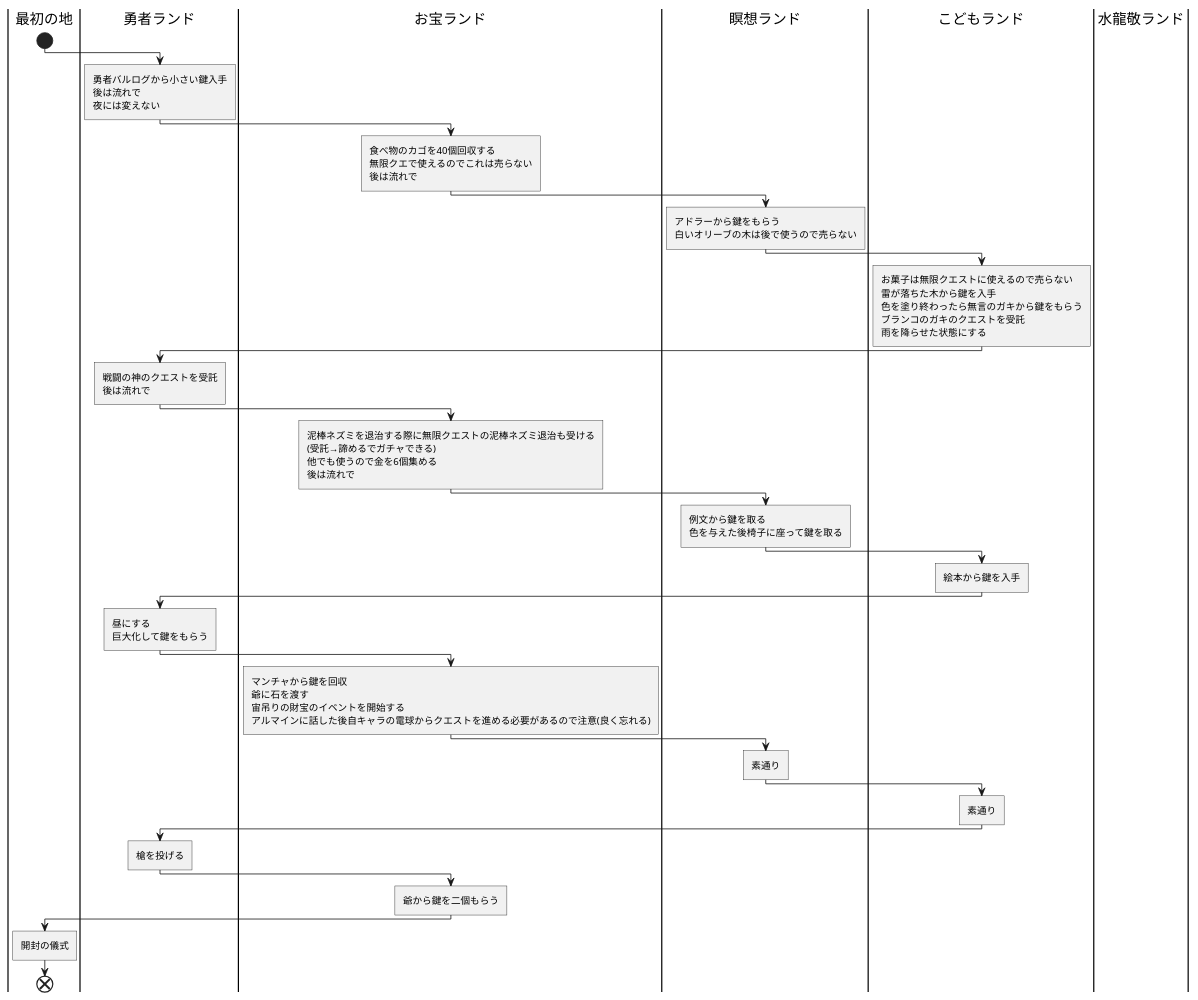
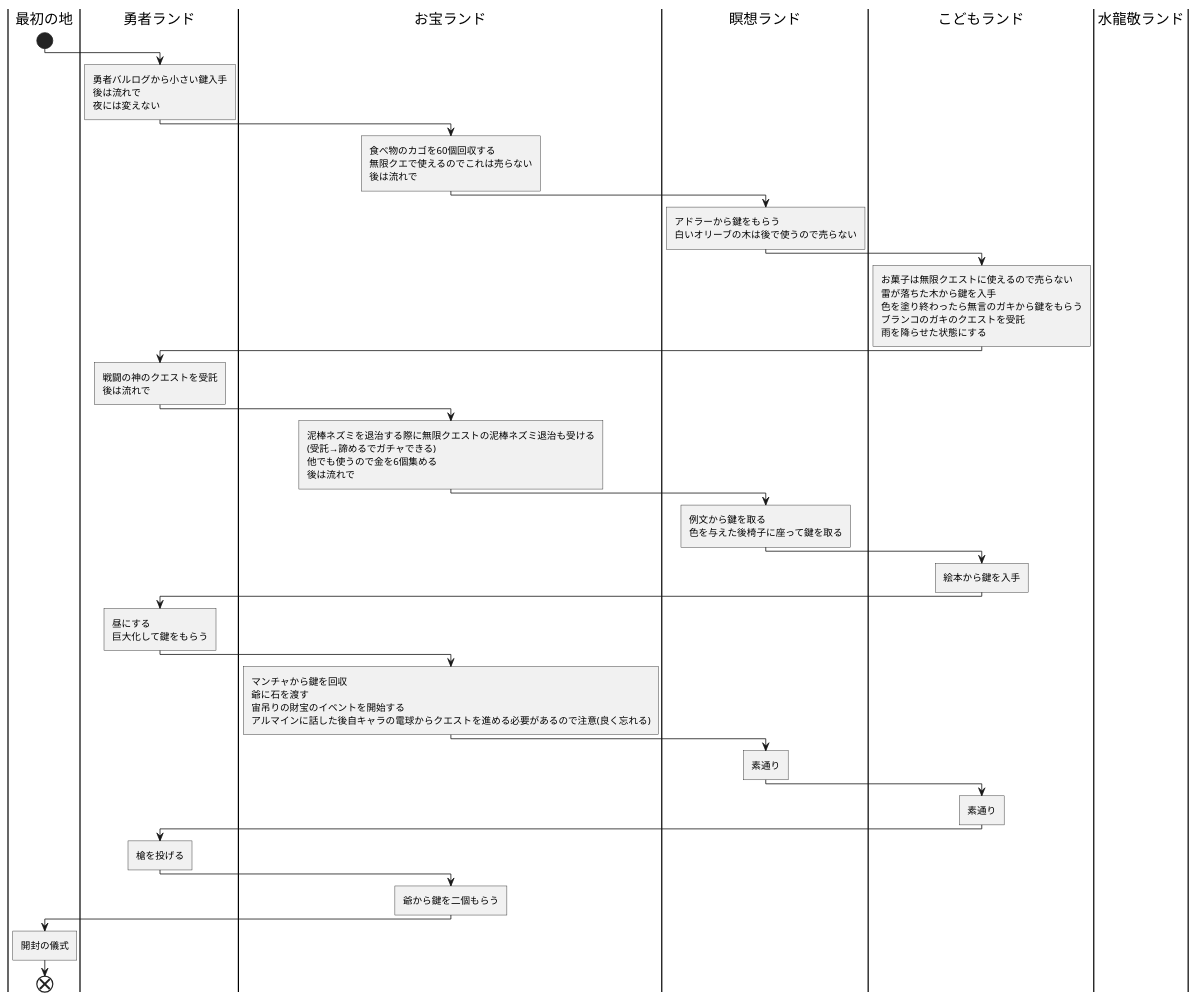
Before and after one commit to Star-Delta/PlantUML: the diagram in アフターランド.puml, drawn with PlantUML.

Commit message:
修正

```diff
--- a/アフターランド.puml
+++ b/アフターランド.puml
@@ -1,54 +1,54 @@
 @startuml アフターランド
     |最初の地|
     start
     |勇者ランド|
     :勇者バルログから小さい鍵入手
     後は流れで
     夜には変えない]
     |お宝ランド|
-    :食べ物のカゴを40個回収する
+    :食べ物のカゴを60個回収する
     無限クエで使えるのでこれは売らない
     後は流れで]
     |瞑想ランド|
     :アドラーから鍵をもらう
     白いオリーブの木は後で使うので売らない]
     |こどもランド|
     :お菓子は無限クエストに使えるので売らない
     雷が落ちた木から鍵を入手
     色を塗り終わったら無言のガキから鍵をもらう
     ブランコのガキのクエストを受託
     雨を降らせた状態にする]
     |勇者ランド|
     :戦闘の神のクエストを受託
     後は流れで]
     |お宝ランド|
     :泥棒ネズミを退治する際に無限クエストの泥棒ネズミ退治も受ける
     (受託→諦めるでガチャできる)
     他でも使うので金を6個集める
     後は流れで]
     |瞑想ランド|
     :例文から鍵を取る
     色を与えた後椅子に座って鍵を取る]
     |こどもランド|
     :絵本から鍵を入手]    
     |勇者ランド|
     :昼にする
     巨大化して鍵をもらう]
     |お宝ランド|
     :マンチャから鍵を回収
     爺に石を渡す
     宙吊りの財宝のイベントを開始する
     アルマインに話した後自キャラの電球からクエストを進める必要があるので注意(良く忘れる)]
     |瞑想ランド|
     :素通り]
     |こどもランド|
     :素通り]
     |勇者ランド|
     :槍を投げる]
     |お宝ランド|
     :爺から鍵を二個もらう]
     |最初の地|
     :開封の儀式]
     end
     |水龍敬ランド|
 @enduml
```
